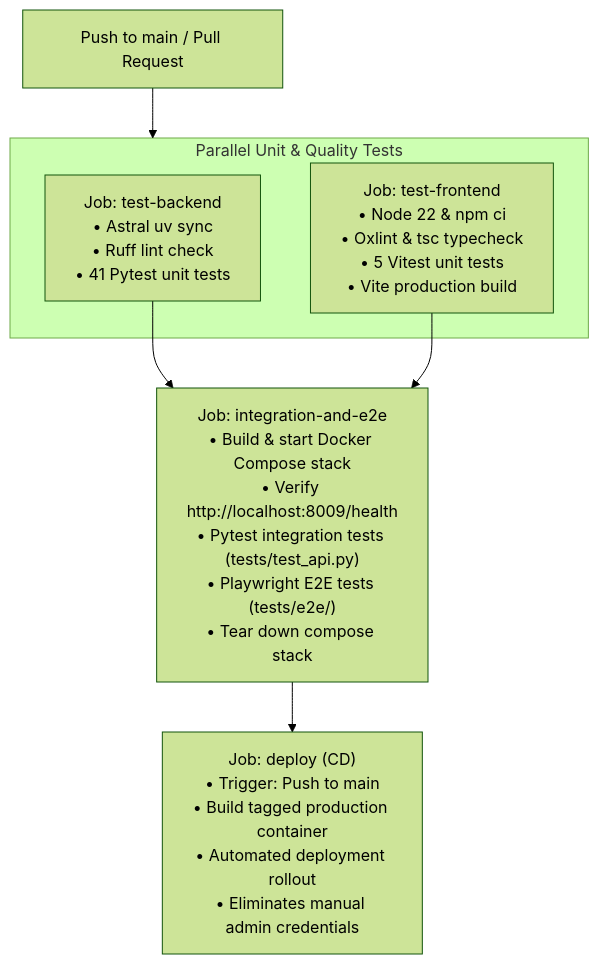
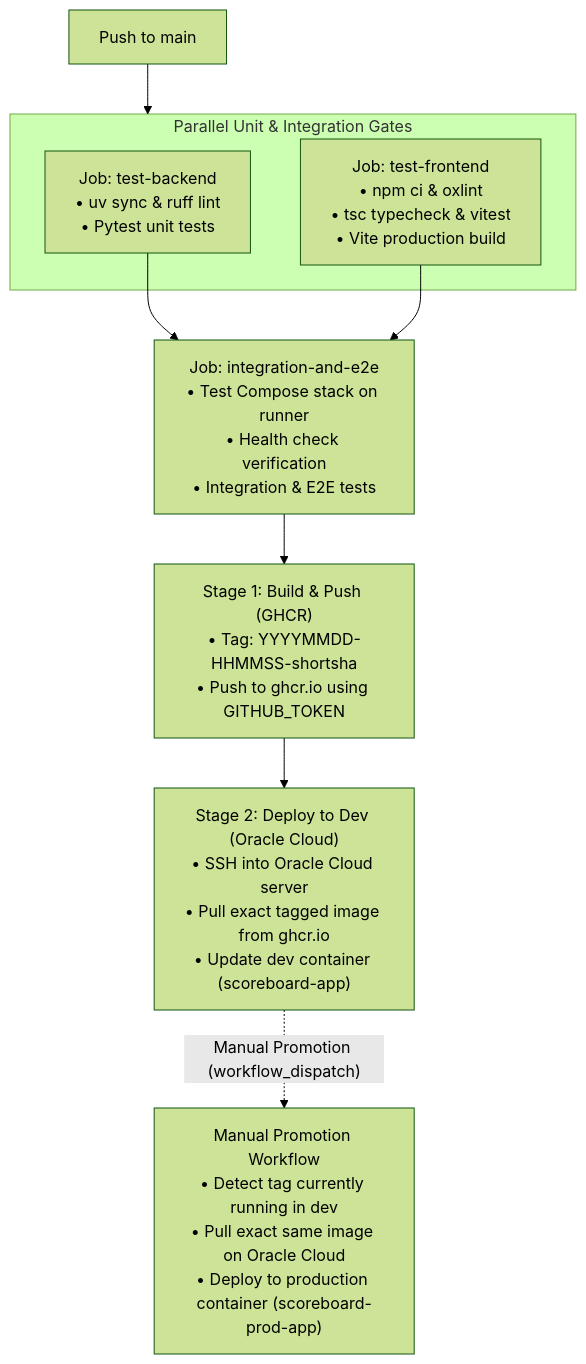
The first of 2 diagrams in README.md (CarlosRea/sports-league-scoreboard), drawn with Mermaid (forest theme) before and after one commit. The commit also changed other lines of this file and 8 other files, not shown here.

First line of the commit message:
ci: split pipeline into ghcr build and ssh dev deploy and update prod promotion workflow

````diff
--- a/README.md
+++ b/README.md
@@ -272,14 +272,18 @@
 ```mermaid
 flowchart TD
-    Trigger["Push to main / Pull Request"] --> Tests
+    Trigger["Push to main"] --> Tests
     
-    subgraph Tests ["Parallel Unit & Quality Tests"]
-        BackendJob["Job: test-backend<br/>• Astral uv sync<br/>• Ruff lint check<br/>• 41 Pytest unit tests"]
-        FrontendJob["Job: test-frontend<br/>• Node 22 & npm ci<br/>• Oxlint & tsc typecheck<br/>• 5 Vitest unit tests<br/>• Vite production build"]
+    subgraph Tests ["Parallel Unit & Integration Gates"]
+        BackendJob["Job: test-backend<br/>• uv sync & ruff lint<br/>• Pytest unit tests"]
+        FrontendJob["Job: test-frontend<br/>• npm ci & oxlint<br/>• tsc typecheck & vitest<br/>• Vite production build"]
     end
     
-    BackendJob --> IntegrationJob["Job: integration-and-e2e<br/>• Build & start Docker Compose stack<br/>• Verify http://localhost:8009/health<br/>• Pytest integration tests (tests/test_api.py)<br/>• Playwright E2E tests (tests/e2e/)<br/>• Tear down compose stack"]
+    BackendJob --> IntegrationJob["Job: integration-and-e2e<br/>• Test Compose stack on runner<br/>• Health check verification<br/>• Integration & E2E tests"]
     FrontendJob --> IntegrationJob
     
-    IntegrationJob --> DeployJob["Job: deploy (CD)<br/>• Trigger: Push to main<br/>• Build tagged production container<br/>• Automated deployment rollout<br/>• Eliminates manual admin credentials"]
+    IntegrationJob --> BuildJob["Stage 1: Build & Push (GHCR)<br/>• Tag: YYYYMMDD-HHMMSS-shortsha<br/>• Push to ghcr.io using GITHUB_TOKEN"]
+    
+    BuildJob --> DeployDevJob["Stage 2: Deploy to Dev (Oracle Cloud)<br/>• SSH into Oracle Cloud server<br/>• Pull exact tagged image from ghcr.io<br/>• Update dev container (scoreboard-app)"]
+    
+    DeployDevJob -.->|"Manual Promotion (workflow_dispatch)"| PromoJob["Manual Promotion Workflow<br/>• Detect tag currently running in dev<br/>• Pull exact same image on Oracle Cloud<br/>• Deploy to production container (scoreboard-prod-app)"]
 ```
````
